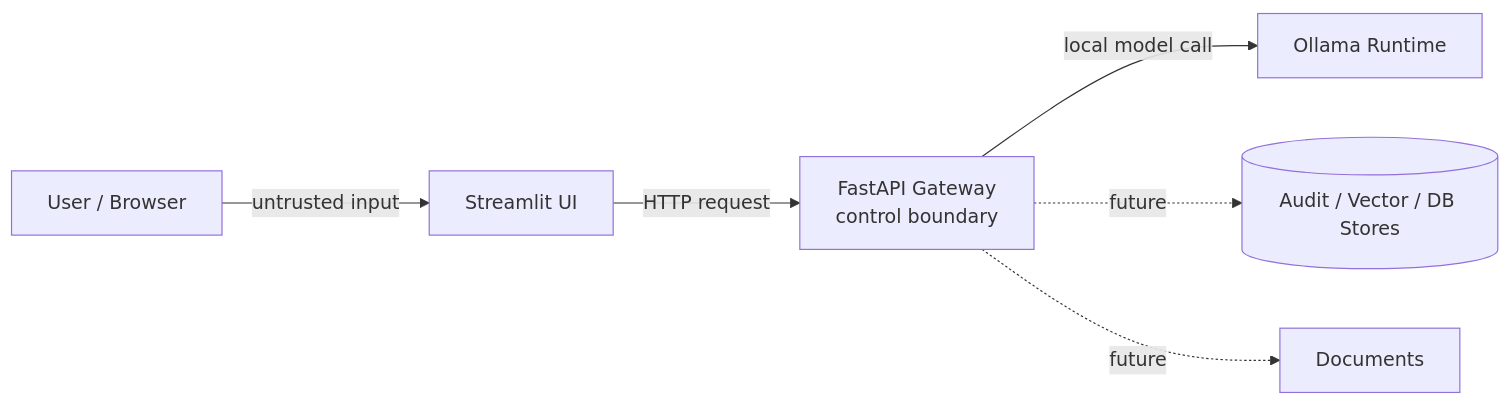
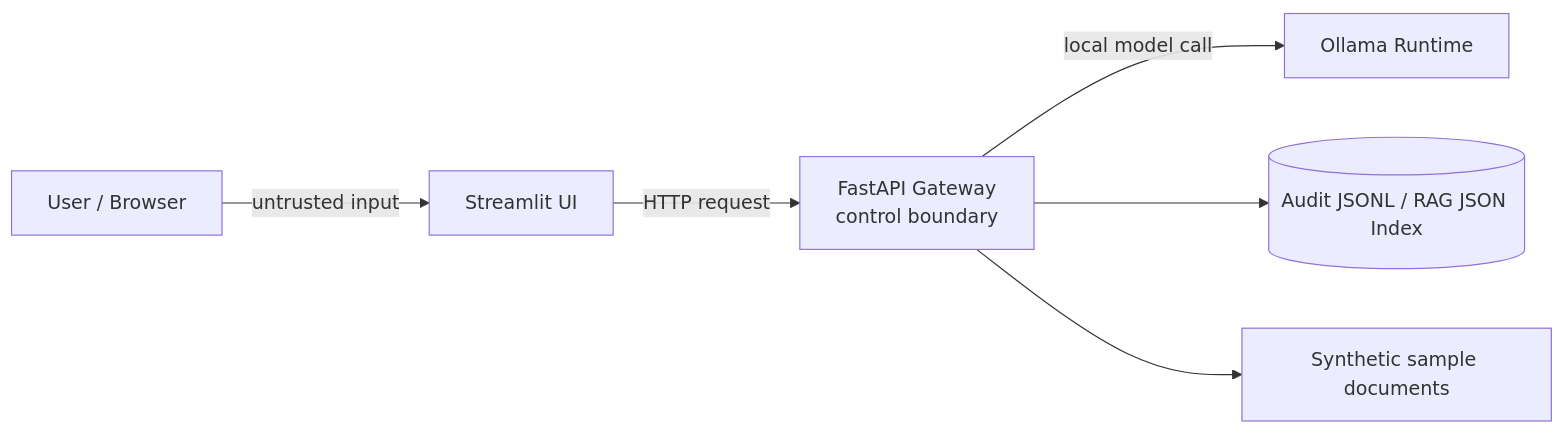
Before and after one commit to omcs-i-a/closed-llm-platform: the diagram in docs/threat-model.md, drawn with Mermaid. The commit also changed other lines of this file and 26 other files, not shown here.

````diff
--- a/docs/threat-model.md
+++ b/docs/threat-model.md
@@ -73,8 +73,8 @@
 ```mermaid
 flowchart LR
   User[User / Browser] -->|untrusted input| UI[Streamlit UI]
   UI -->|HTTP request| API[FastAPI Gateway\ncontrol boundary]
   API -->|local model call| Ollama[Ollama Runtime]
-  API -. future .-> Store[(Audit / Vector / DB Stores)]
-  API -. future .-> Docs[Documents]
+  API --> Store[(Audit JSONL / RAG JSON Index)]
+  API --> Docs[Synthetic sample documents]
 ```
````
